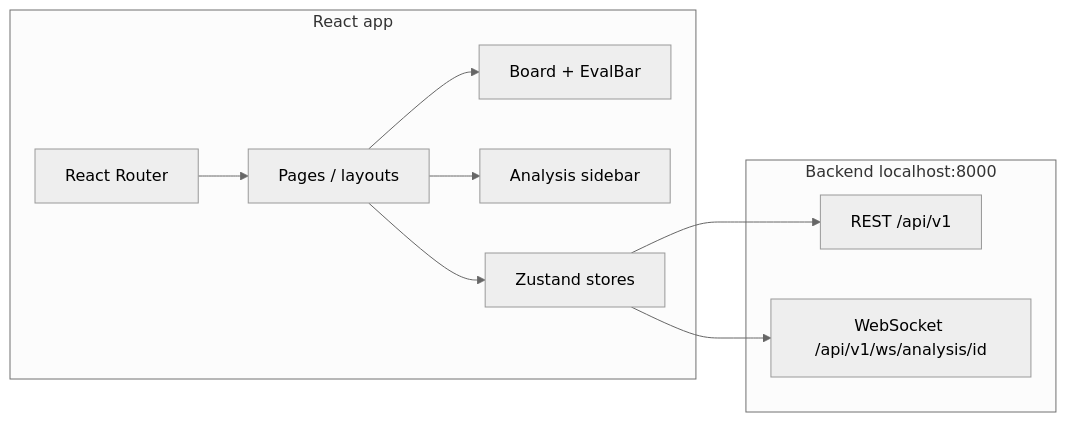
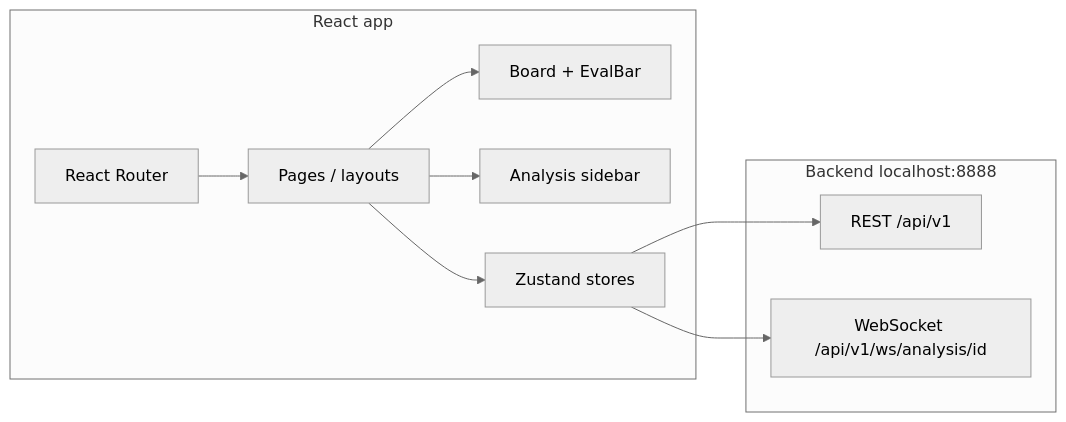
One commit to abh1nav9/chess-eval changed the diagram in frontend/README.md. Above: the diagram before and after it, drawn with Mermaid (neutral theme). The commit also changed other lines of this file and 32 other files, not shown here.

````diff
--- a/frontend/README.md
+++ b/frontend/README.md
@@ -9,22 +9,22 @@
 ```mermaid
 flowchart LR
   subgraph app [React app]
     Router[React Router]
     Pages[Pages / layouts]
     Board[Board + EvalBar]
     Side[Analysis sidebar]
     Stores[Zustand stores]
   end
 
-  subgraph server [Backend localhost:8000]
+  subgraph server [Backend localhost:8888]
     API[REST /api/v1]
     WS[WebSocket /api/v1/ws/analysis/id]
   end
 
   Router --> Pages
   Pages --> Board
   Pages --> Side
   Pages --> Stores
   Stores --> API
   Stores --> WS
 ```
````
